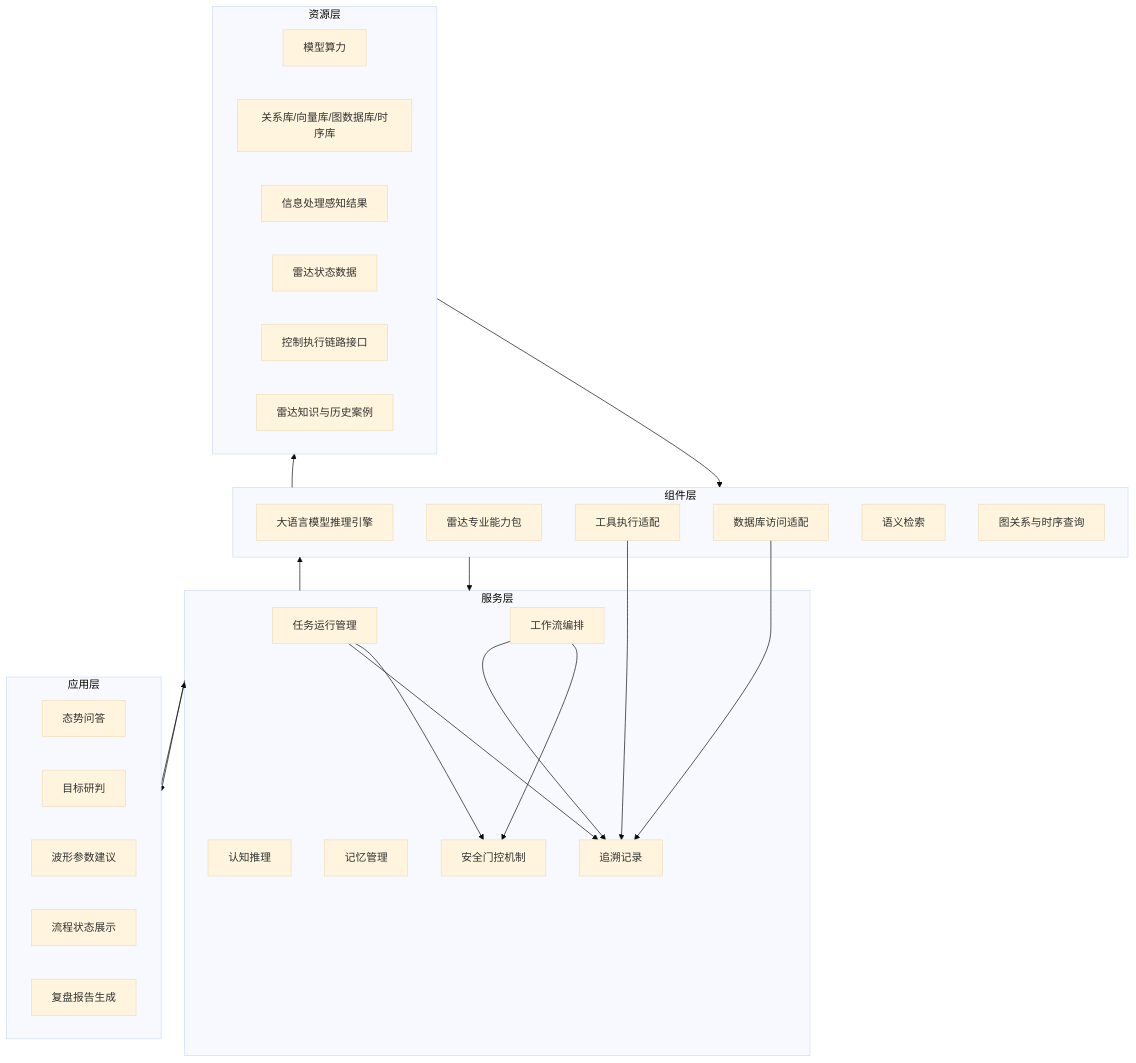
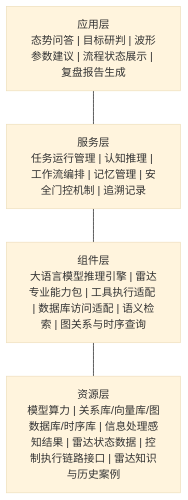
Before and after one commit to StormSeven1/obsidian-vault: the third of 8 diagrams in radar agent/4.3.3.2 LD智能体子系统技术方案.md, drawn with Mermaid (base theme).

Commit message:
vault backup: 2026-05-13 16:18:25

````diff
--- a/radar agent/4.3.3.2 LD智能体子系统技术方案.md
+++ b/radar agent/4.3.3.2 LD智能体子系统技术方案.md
@@ -104,51 +104,11 @@
 ```mermaid
-graph TB
-    subgraph A[应用层]
-        A1[态势问答]
-        A2[目标研判]
-        A3[波形参数建议]
-        A4[流程状态展示]
-        A5[复盘报告生成]
-    end
+flowchart TB
+    A["应用层<br/>态势问答 | 目标研判 | 波形参数建议 | 流程状态展示 | 复盘报告生成"]
+    S["服务层<br/>任务运行管理 | 认知推理 | 工作流编排 | 记忆管理 | 安全门控机制 | 追溯记录"]
+    C["组件层<br/>大语言模型推理引擎 | 雷达专业能力包 | 工具执行适配 | 数据库访问适配 | 语义检索 | 图关系与时序查询"]
+    R["资源层<br/>模型算力 | 关系库/向量库/图数据库/时序库 | 信息处理感知结果 | 雷达状态数据 | 控制执行链路接口 | 雷达知识与历史案例"]
 
-    subgraph S[服务层]
-        S1[任务运行管理]
-        S2[认知推理]
-        S3[工作流编排]
-        S4[记忆管理]
-        S5[安全门控机制]
-        S6[追溯记录]
-    end
-
-    subgraph C[组件层]
-        C1[大语言模型推理引擎]
-        C2[雷达专业能力包]
-        C3[工具执行适配]
-        C4[数据库访问适配]
-        C5[语义检索]
-        C6[图关系与时序查询]
-    end
-
-    subgraph R[资源层]
-        R1[模型算力]
-        R2[关系库/向量库/图数据库/时序库]
-        R3[信息处理感知结果]
-        R4[雷达状态数据]
-        R5[控制执行链路接口]
-        R6[雷达知识与历史案例]
-    end
-
-    A --> S
-    S --> C
-    C --> R
-    R --> C
-    C --> S
-    S --> A
-
-    S1 --> S5
-    S3 --> S5
-    S1 --> S6
-    S3 --> S6
-    C3 --> S6
-    C4 --> S6
+    A --- S
+    S --- C
+    C --- R
 ```
````
